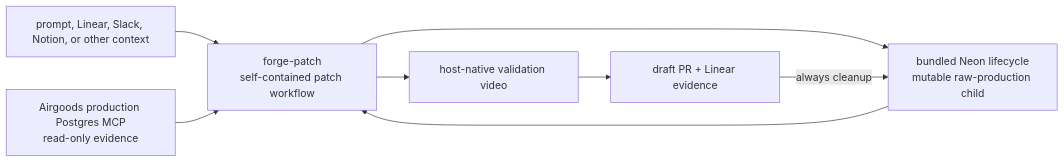
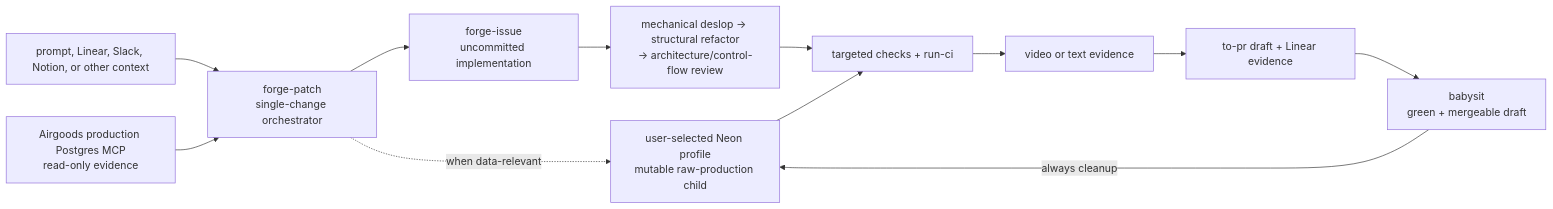
The first of 3 diagrams in ai-dev-workflow/README.md (evan-mavis/skills), drawn with Mermaid before and after one commit. The commit also changed other lines of this file and 46 other files, not shown here.

````diff
--- a/ai-dev-workflow/README.md
+++ b/ai-dev-workflow/README.md
@@ -9,17 +10,25 @@
 ```mermaid
 flowchart LR
   SRC["prompt, Linear, Slack, Notion, or other context"]
-  PATCH["forge-patch<br/>self-contained patch workflow"]
+  PATCH["forge-patch<br/>single-change orchestrator"]
+  ISSUE["forge-issue<br/>uncommitted implementation"]
+  REVIEW["mechanical deslop → structural refactor<br/>→ architecture/control-flow review"]
+  CI["targeted checks + run-ci"]
   PROD["Airgoods production Postgres MCP<br/>read-only evidence"]
-  NEON["bundled Neon lifecycle<br/>mutable raw-production child"]
-  VIDEO["host-native validation video"]
-  OUT["draft PR + Linear evidence"]
+  NEON["user-selected Neon profile<br/>mutable raw-production child"]
+  EVIDENCE["video or text evidence"]
+  OUT["to-pr draft + Linear evidence"]
+  BABY["babysit<br/>green + mergeable draft"]
 
   SRC --> PATCH
   PROD --> PATCH
-  PATCH --> NEON
-  NEON --> PATCH
-  PATCH --> VIDEO
-  VIDEO --> OUT
-  OUT -->|"always cleanup"| NEON
+  PATCH -.->|"when data-relevant"| NEON
+  PATCH --> ISSUE
+  ISSUE --> REVIEW
+  REVIEW --> CI
+  NEON --> CI
+  CI --> EVIDENCE
+  EVIDENCE --> OUT
+  OUT --> BABY
+  BABY -->|"always cleanup"| NEON
 ```
````
